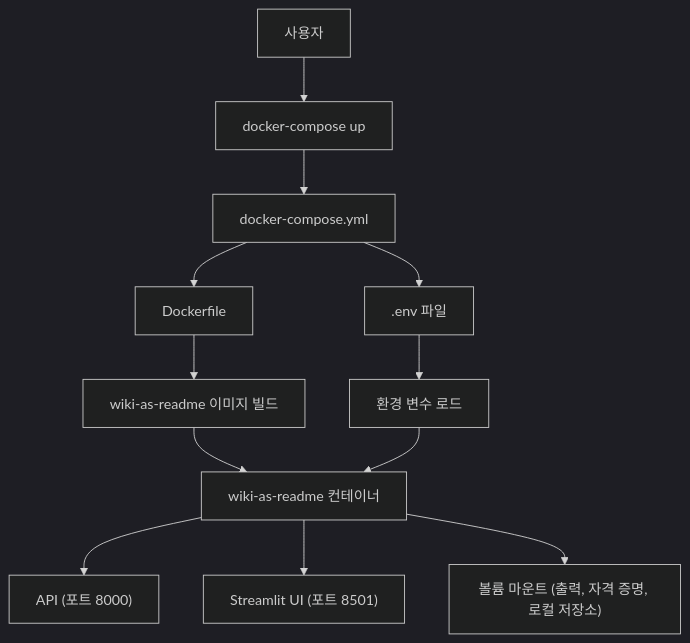
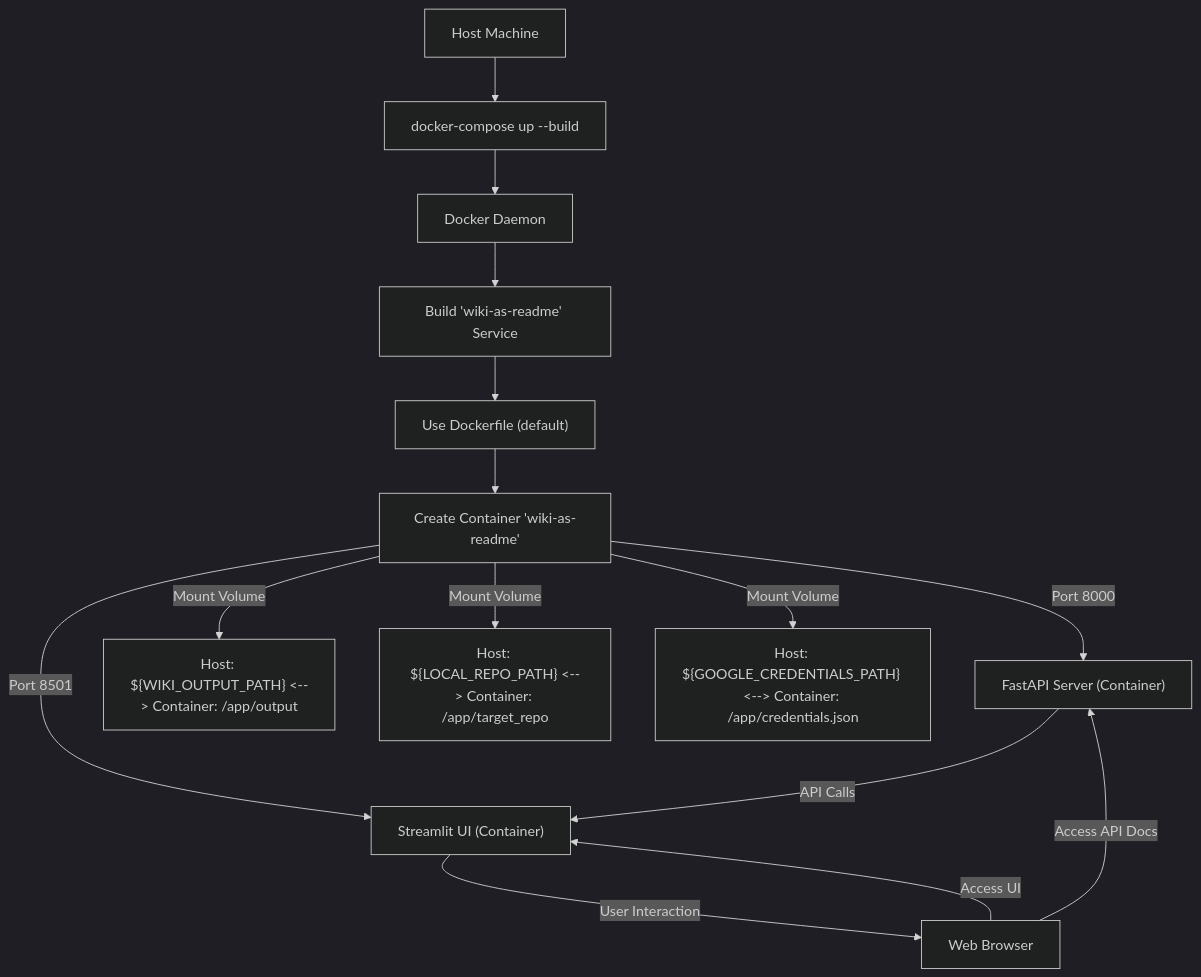
One commit to catuscio/wiki-as-readme changed the ninth of 19 diagrams in examples/wiki_as_README.md. Above: the diagram before and after it, drawn with Mermaid (dark theme). The commit also changed other lines of this file, not shown here.

Commit message:
✨📚 Update examples/wiki_as_README.md via Wiki-As-Readme Action (en)

````diff
--- a/examples/wiki_as_README.md
+++ b/examples/wiki_as_README.md
@@ -1010,13 +1036,20 @@
 ```mermaid
 graph TD
-    A["사용자"] --> B["docker-compose up"]
-    B --> C["docker-compose.yml"]
-    C --> D["Dockerfile"]
-    C --> E[".env 파일"]
-    D --> F["wiki-as-readme 이미지 빌드"]
-    E --> G["환경 변수 로드"]
-    F & G --> H["wiki-as-readme 컨테이너"]
-    H --> I["API (포트 8000)"]
-    H --> J["Streamlit UI (포트 8501)"]
-    H --> K["볼륨 마운트 (출력, 자격 증명, 로컬 저장소)"]
+    A["Host Machine"] --> B["docker-compose up --build"];
+    B --> C["Docker Daemon"];
+    C --> D["Build 'wiki-as-readme' Service"];
+    D --> E["Use Dockerfile (default)"];
+    E --> F["Create Container 'wiki-as-readme'"];
+
+    F -- "Port 8000" --> G["FastAPI Server (Container)"];
+    F -- "Port 8501" --> H["Streamlit UI (Container)"];
+
+    F -- "Mount Volume" --> I["Host: ${WIKI_OUTPUT_PATH} <--> Container: /app/output"];
+    F -- "Mount Volume" --> J["Host: ${LOCAL_REPO_PATH} <--> Container: /app/target_repo"];
+    F -- "Mount Volume" --> K["Host: ${GOOGLE_CREDENTIALS_PATH} <--> Container: /app/credentials.json"];
+
+    G -- "API Calls" --> H;
+    H -- "User Interaction" --> L["Web Browser"];
+    L -- "Access UI" --> H;
+    L -- "Access API Docs" --> G;
 ```
````
